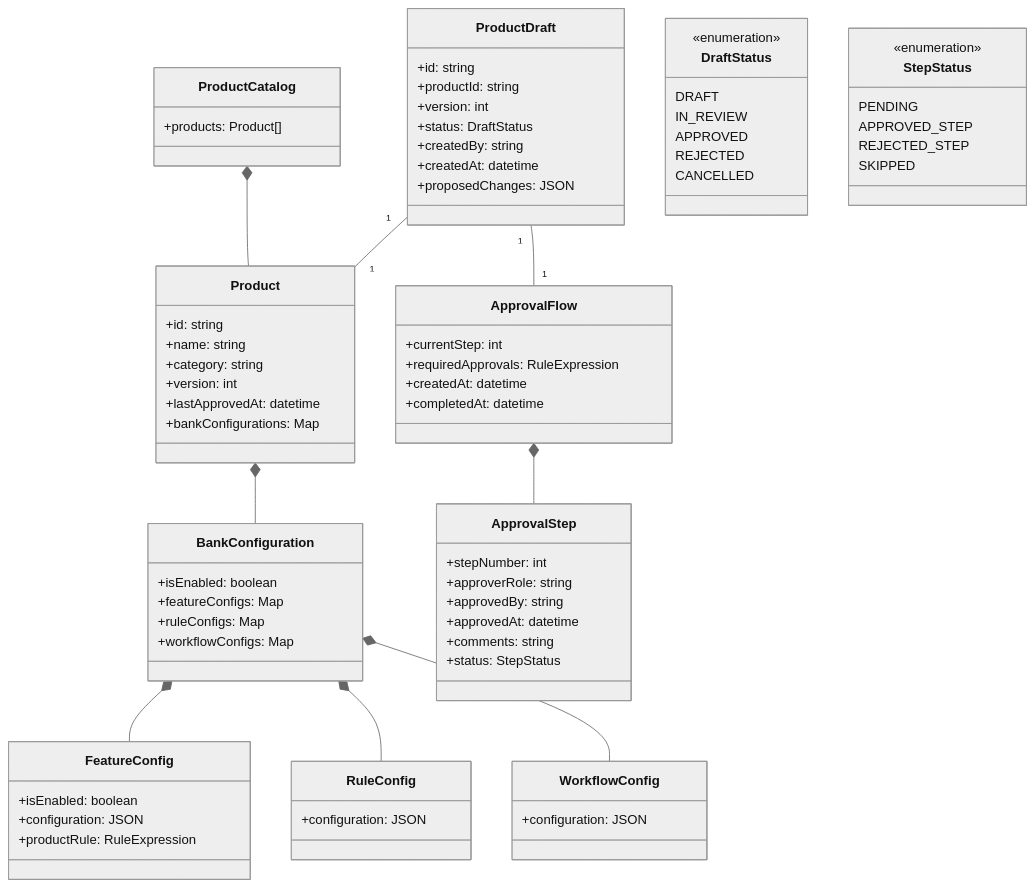
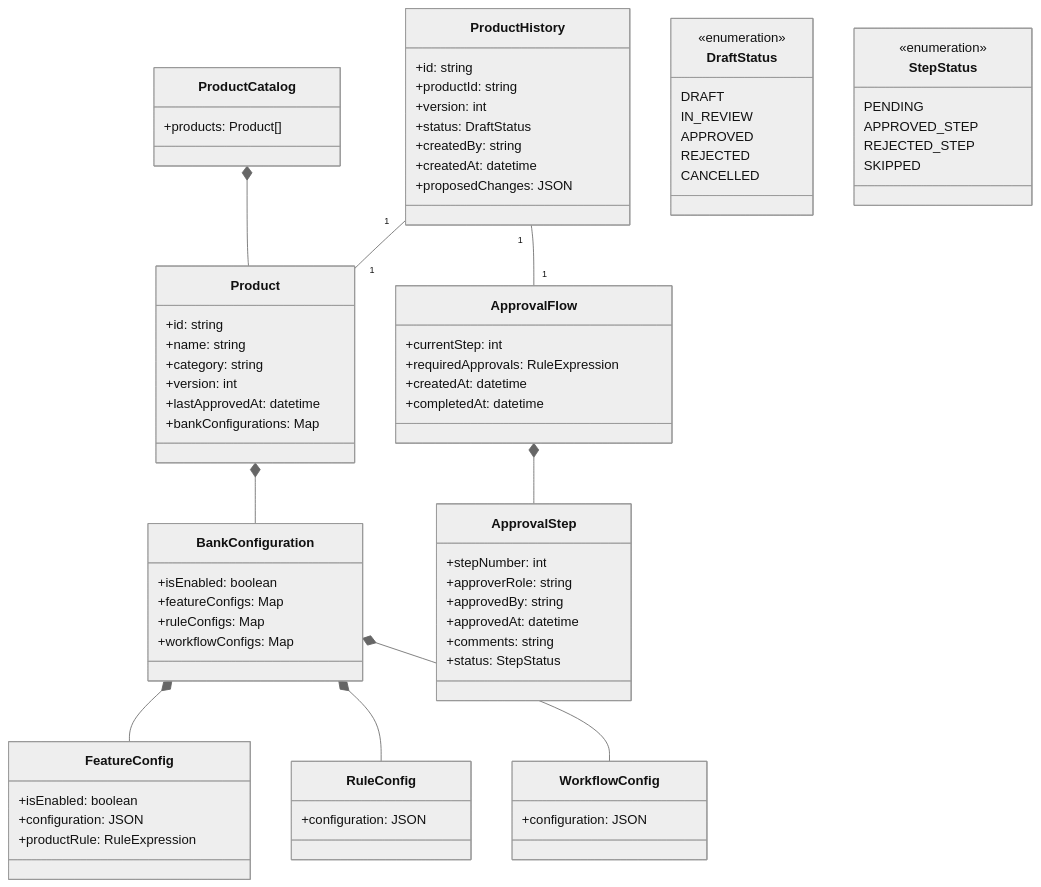
Before and after one commit to danielssonn/tres: the diagram in workflow/workflow-simpl.mermaid, drawn with Mermaid (neutral theme).

```diff
--- a/workflow/workflow-simpl.mermaid
+++ b/workflow/workflow-simpl.mermaid
@@ -1,91 +1,91 @@
 classDiagram
     %% Live Catalog (only approved versions)
     ProductCatalog *-- Product
     Product *-- BankConfiguration
     BankConfiguration *-- FeatureConfig
     BankConfiguration *-- RuleConfig
     BankConfiguration *-- WorkflowConfig
 
     %% Change Management (separate)
-    ProductDraft "1" -- "1" Product
-    ProductDraft "1" -- "1" ApprovalFlow
+    ProductHistory "1" -- "1" Product
+    ProductHistory "1" -- "1" ApprovalFlow
     ApprovalFlow *-- ApprovalStep
 
     class ProductCatalog {
         +products: Product[]
     }
 
     class Product {
         +id: string
         +name: string
         +category: string
         +version: int
         +lastApprovedAt: datetime
         +bankConfigurations: Map<BankId, BankConfiguration>
     }
 
     class BankConfiguration {
         +isEnabled: boolean
         +featureConfigs: Map<FeatureId, FeatureConfig>
         +ruleConfigs: Map<RuleId, RuleConfig>
         +workflowConfigs: Map<WorkflowId, WorkflowConfig>
     }
 
     class FeatureConfig {
         +isEnabled: boolean
         +configuration: JSON
         +productRule: RuleExpression
     }
 
     class RuleConfig {
         +configuration: JSON
     }
 
     class WorkflowConfig {
         +configuration: JSON
     }
 
-    class ProductDraft {
+    class ProductHistory {
         +id: string
         +productId: string
         +version: int
         +status: DraftStatus
         +createdBy: string
         +createdAt: datetime
         +proposedChanges: JSON
     }
 
     class ApprovalFlow {
         +currentStep: int
         +requiredApprovals: RuleExpression
         +createdAt: datetime
         +completedAt: datetime
     }
 
     class ApprovalStep {
         +stepNumber: int
         +approverRole: string
         +approvedBy: string
         +approvedAt: datetime
         +comments: string
         +status: StepStatus
     }
 
     class DraftStatus {
         <<enumeration>>
         DRAFT
         IN_REVIEW
         APPROVED
         REJECTED
         CANCELLED
     }
 
     class StepStatus {
         <<enumeration>>
         PENDING
         APPROVED_STEP
         REJECTED_STEP
         SKIPPED
     }
 
 Sent from my iPhone
```
